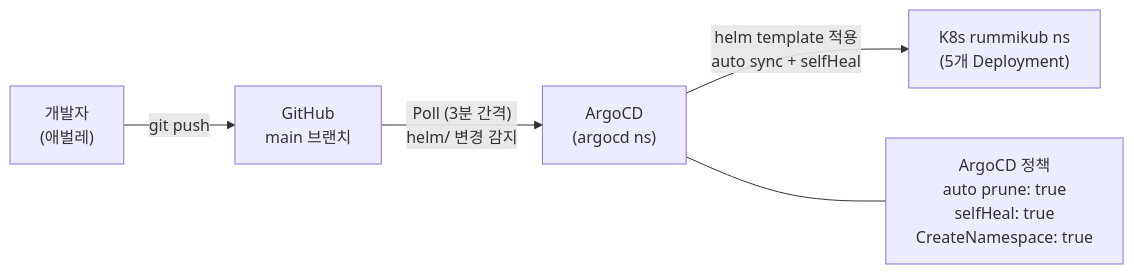
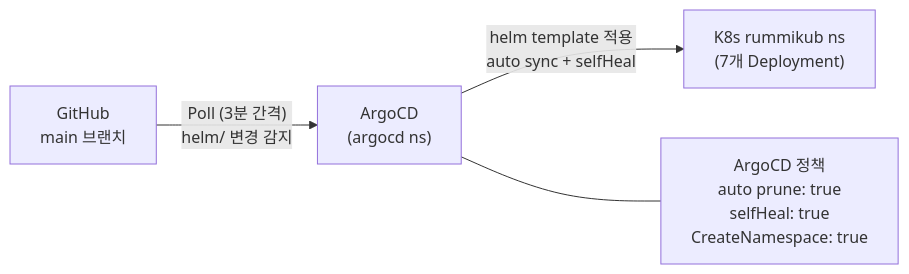
One commit to k82022603/RummiArena changed the sixth of 7 diagrams in docs/05-deployment/04-k8s-architecture.md. Above: the diagram before and after it, drawn with Mermaid. The commit also changed other lines of this file and 15 other files, not shown here.

````diff
--- a/docs/05-deployment/04-k8s-architecture.md
+++ b/docs/05-deployment/04-k8s-architecture.md
@@ -167,14 +189,12 @@
 ```mermaid
 flowchart LR
-    Dev["개발자\n(애벌레)"]
     GitHub["GitHub\nmain 브랜치"]
     ArgoCD["ArgoCD\n(argocd ns)"]
-    K8s["K8s rummikub ns\n(5개 Deployment)"]
+    K8s["K8s rummikub ns\n(7개 Deployment)"]
 
-    Dev -->|"git push"| GitHub
     GitHub -->|"Poll (3분 간격)\nhelm/ 변경 감지"| ArgoCD
     ArgoCD -->|"helm template 적용\nauto sync + selfHeal"| K8s
 
     note1["ArgoCD 정책\nauto prune: true\nselfHeal: true\nCreateNamespace: true"]
     ArgoCD --- note1
 ```
````
